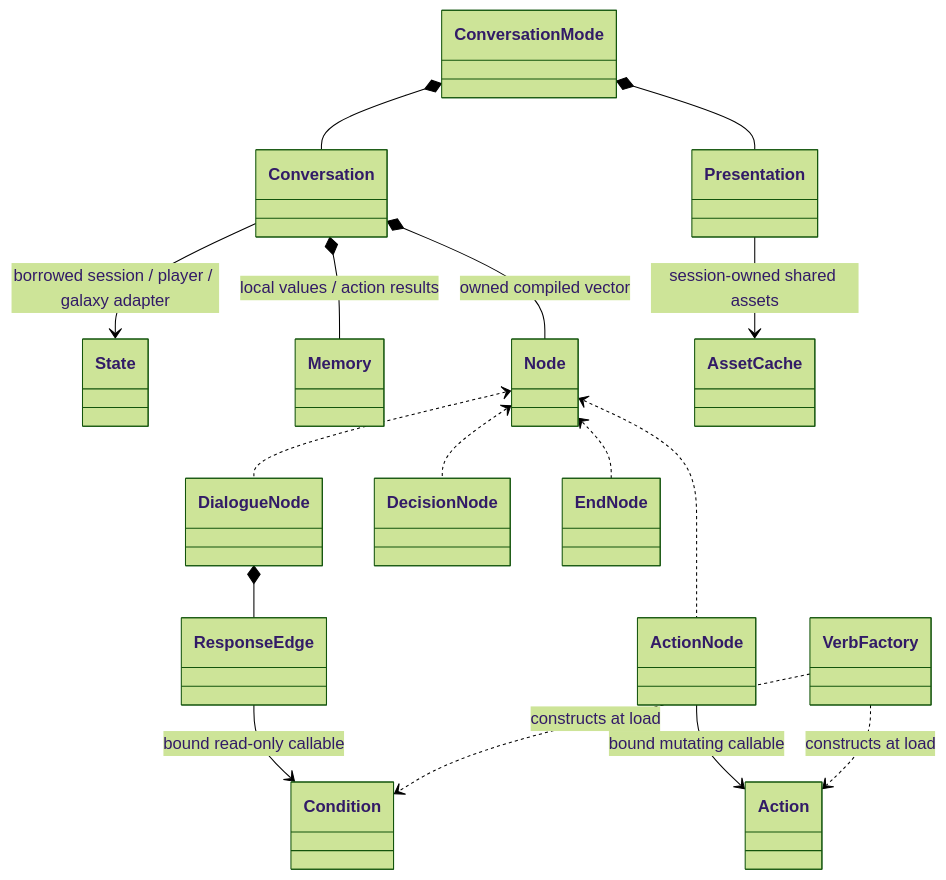
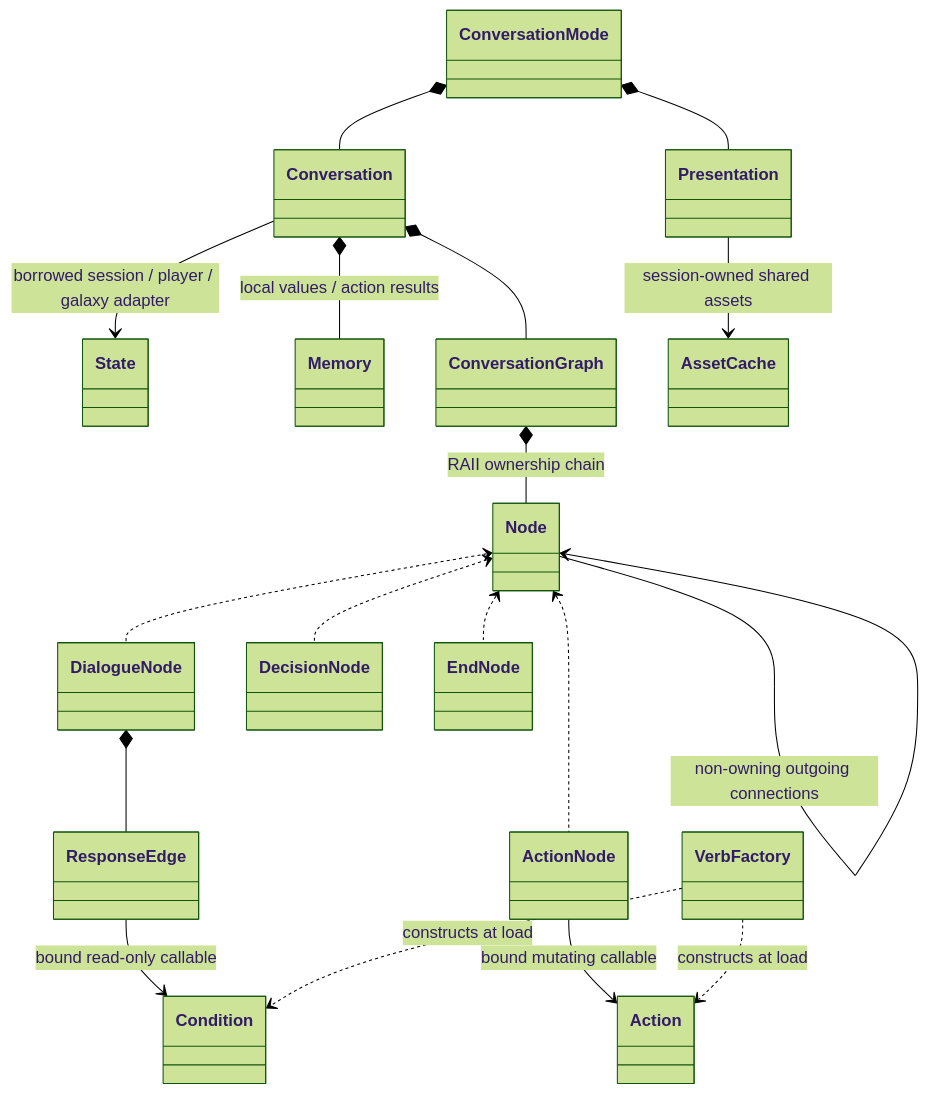
Before and after one commit to yost-jacob/uqm-cpp17: the second of 2 diagrams in docs/design/conversation/model.md, drawn with Mermaid (forest theme). The commit also changed other lines of this file and 6 other files, not shown here.

Commit message:
Store conversation graph as individually owned pointer-linked nodes

````diff
--- a/docs/design/conversation/model.md
+++ b/docs/design/conversation/model.md
@@ -57,18 +57,20 @@
 ```mermaid
 classDiagram
     ConversationMode *-- Conversation
     ConversationMode *-- Presentation
     Conversation --> State : borrowed session / player / galaxy adapter
     Conversation *-- Memory : local values / action results
-    Conversation *-- Node : owned compiled vector
+    Conversation *-- ConversationGraph
+    ConversationGraph *-- Node : RAII ownership chain
+    Node --> Node : non-owning outgoing connections
     Node <.. DialogueNode
     Node <.. DecisionNode
     Node <.. ActionNode
     Node <.. EndNode
     DialogueNode *-- ResponseEdge
     ResponseEdge --> Condition : bound read-only callable
     ActionNode --> Action : bound mutating callable
     VerbFactory ..> Condition : constructs at load
     VerbFactory ..> Action : constructs at load
     Presentation --> AssetCache : session-owned shared assets
 ```
````
